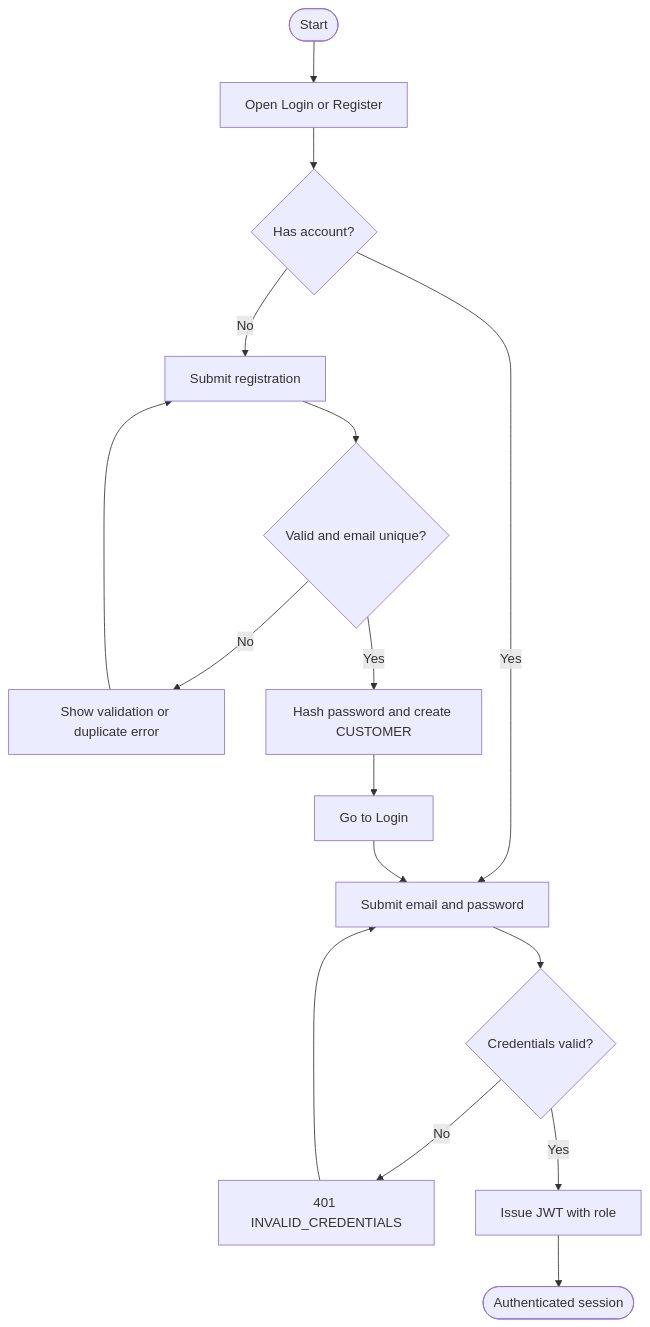
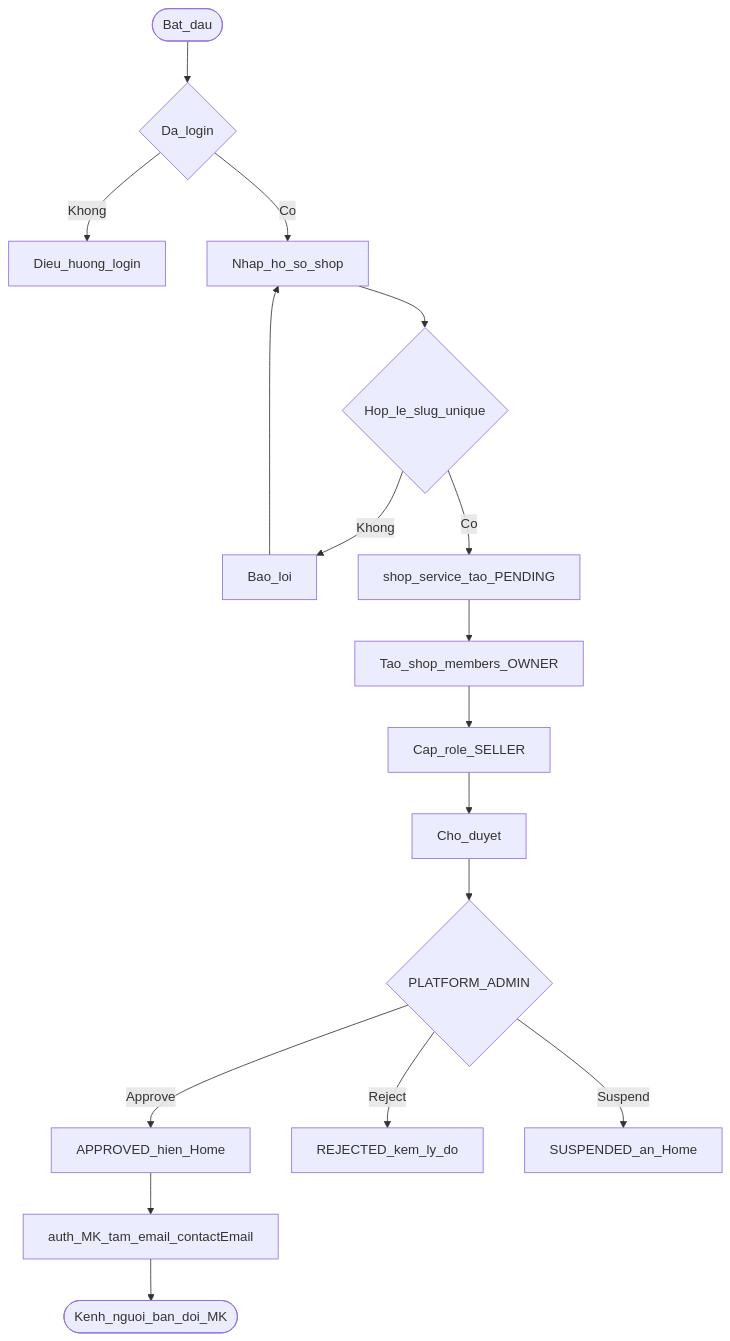
One commit to trinhvanhai1994/GTVT_ecommerce changed the second of 5 diagrams in docs/05-bpmn.md. Above: the diagram before and after it, drawn with Mermaid. The commit also changed other lines of this file and 35 other files, not shown here.

````diff
--- a/docs/05-bpmn.md
+++ b/docs/05-bpmn.md
@@ -15,18 +28,19 @@
 ```mermaid
 flowchart TD
-  Start([Start]) --> Open[Open Login or Register]
-  Open --> Choice{Has account?}
-  Choice -->|No| Register[Submit registration]
-  Register --> ValR{Valid and email unique?}
-  ValR -->|No| ErrR[Show validation or duplicate error]
-  ErrR --> Register
-  ValR -->|Yes| Hash[Hash password and create CUSTOMER]
-  Hash --> LoginForm[Go to Login]
-  Choice -->|Yes| Login[Submit email and password]
-  LoginForm --> Login
-  Login --> ValL{Credentials valid?}
-  ValL -->|No| ErrL[401 INVALID_CREDENTIALS]
-  ErrL --> Login
-  ValL -->|Yes| JWT[Issue JWT with role]
-  JWT --> End([Authenticated session])
+  startReg([Bat_dau]) --> login{Da_login}
+  login -->|Khong| goLogin[Dieu_huong_login]
+  login -->|Co| form[Nhap_ho_so_shop]
+  form --> valid{Hop_le_slug_unique}
+  valid -->|Khong| err[Bao_loi]
+  err --> form
+  valid -->|Co| create[shop_service_tao_PENDING]
+  create --> member[Tao_shop_members_OWNER]
+  member --> role[Cap_role_SELLER]
+  role --> wait[Cho_duyet]
+  wait --> admin{PLATFORM_ADMIN}
+  admin -->|Approve| ok[APPROVED_hien_Home]
+  admin -->|Reject| rej[REJECTED_kem_ly_do]
+  admin -->|Suspend| sus[SUSPENDED_an_Home]
+  ok --> cred[auth_MK_tam_email_contactEmail]
+  cred --> sellerCenter([Kenh_nguoi_ban_doi_MK])
 ```
````
